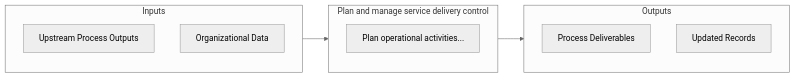
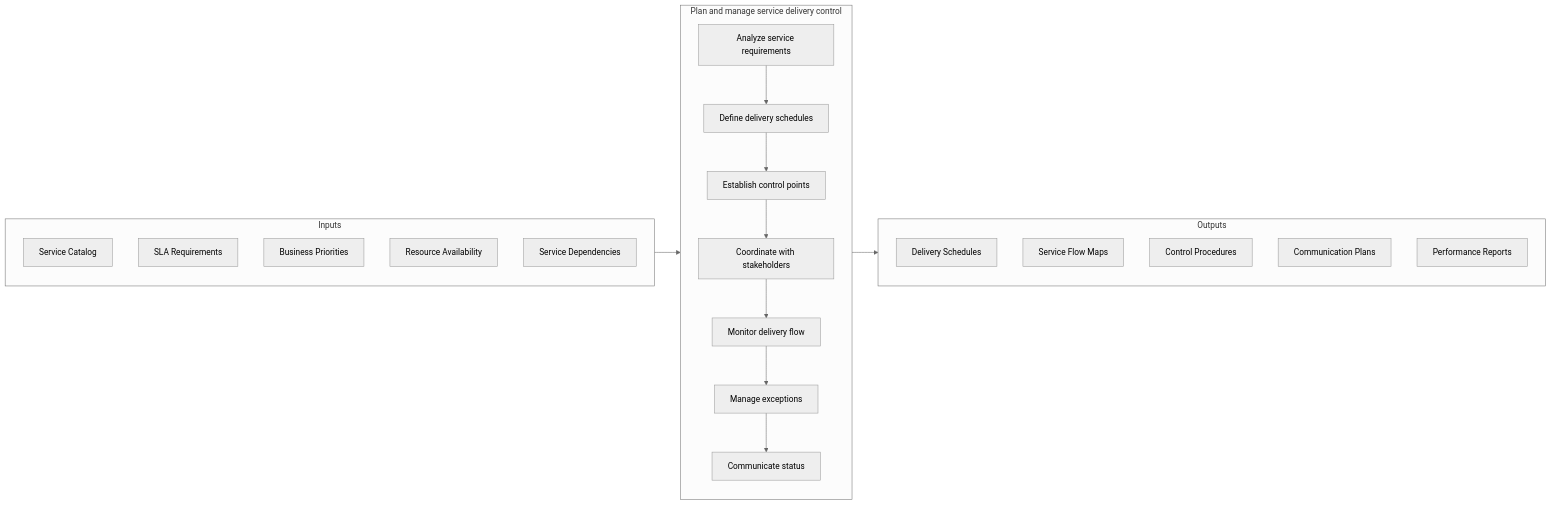
The second of 3 diagrams in processes/08-IT/8.7-CreateManageSupportServicessolutions/8.7.3-PlanManageServiceDelivery/index.mdx (kziemski/business.org.ai), drawn with Mermaid (neutral theme) before and after one commit. The commit also changed other lines of this file and 67 other files, not shown here.

````diff
--- a/processes/08-IT/8.7-CreateManageSupportServicessolutions/8.7.3-PlanManageServiceDelivery/index.mdx
+++ b/processes/08-IT/8.7-CreateManageSupportServicessolutions/8.7.3-PlanManageServiceDelivery/index.mdx
@@ -59,18 +66,31 @@
 ```mermaid
 flowchart LR
     subgraph Inputs["Inputs"]
-        I1["Upstream Process Outputs"]
-        I2["Organizational Data"]
+        I1["Service Catalog"]
+        I2["SLA Requirements"]
+        I3["Business Priorities"]
+        I4["Resource Availability"]
+        I5["Service Dependencies"]
     end
 
     subgraph Process["Plan and manage service delivery control"]
-        S1["Plan operational activities..."]
+        S1["Analyze service requirements"]
+        S2["Define delivery schedules"]
+        S3["Establish control points"]
+        S4["Coordinate with stakeholders"]
+        S5["Monitor delivery flow"]
+        S6["Manage exceptions"]
+        S7["Communicate status"]
     end
 
     subgraph Outputs["Outputs"]
-        O1["Process Deliverables"]
-        O2["Updated Records"]
+        O1["Delivery Schedules"]
+        O2["Service Flow Maps"]
+        O3["Control Procedures"]
+        O4["Communication Plans"]
+        O5["Performance Reports"]
     end
 
     Inputs --> Process --> Outputs
+    S1 --> S2 --> S3 --> S4 --> S5 --> S6 --> S7
 ```
````
